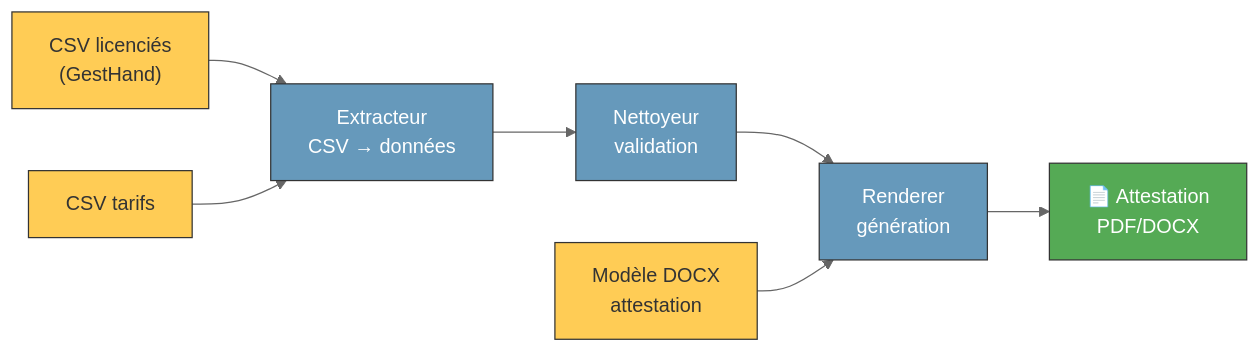
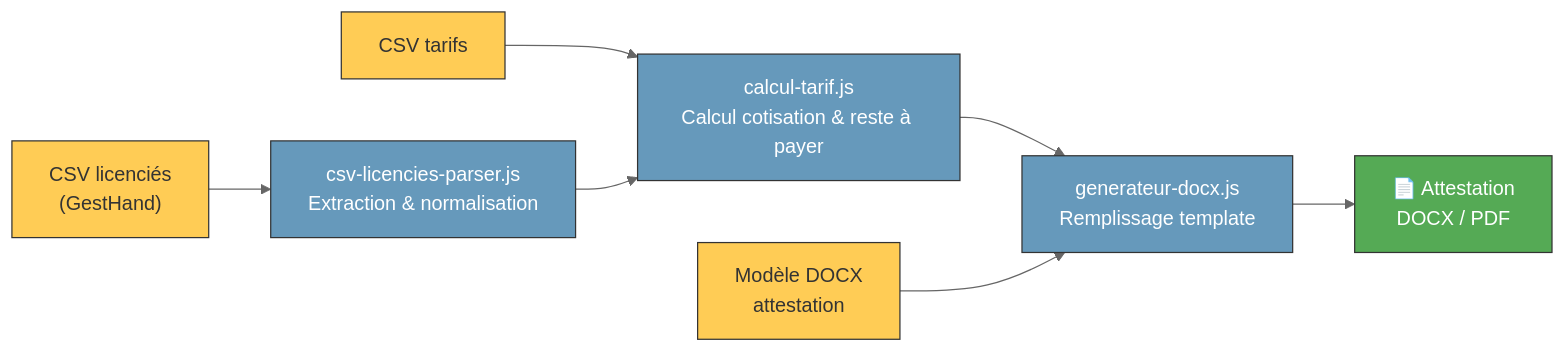
The second of 3 diagrams in docs/architecture.md (padewitte/super-chapelaine), drawn with Mermaid (neutral theme) before and after one commit. The commit also changed other lines of this file and 4 other files, not shown here.

First line of the commit message:
docs(architecture): correction de l'arborescence, alignement makefile et session

````diff
--- a/docs/architecture.md
+++ b/docs/architecture.md
@@ -45,23 +45,23 @@
 ```mermaid
 flowchart LR
     CSV_LIC["CSV licenciés<br/>(GestHand)"]
     CSV_TAR["CSV tarifs"]
     DOCX["Modèle DOCX<br/>attestation"]
 
-    CSV_LIC --> EXTRACT["Extracteur<br/>CSV → données"]
-    CSV_TAR --> EXTRACT
+    CSV_LIC --> EXTRACT["csv-licencies-parser.js<br/>Extraction & normalisation"]
+    CSV_TAR --> CALC["calcul-tarif.js<br/>Calcul cotisation & reste à payer"]
+    EXTRACT --> CALC
 
-    EXTRACT --> NETTOY["Nettoyeur<br/>validation"]
-    NETTOY --> RENDER["Renderer<br/>génération"]
-    DOCX --> RENDER
+    CALC --> DOCX_GEN["generateur-docx.js<br/>Remplissage template"]
+    DOCX --> DOCX_GEN
 
-    RENDER --> PDF["📄 Attestation<br/>PDF/DOCX"]
+    DOCX_GEN --> FICHIER["📄 Attestation<br/>DOCX / PDF"]
 
     style CSV_LIC fill:#fc5,stroke:#333,color:#333
     style CSV_TAR fill:#fc5,stroke:#333,color:#333
     style DOCX fill:#fc5,stroke:#333,color:#333
     style EXTRACT fill:#69b,stroke:#333,color:#fff
-    style NETTOY fill:#69b,stroke:#333,color:#fff
-    style RENDER fill:#69b,stroke:#333,color:#fff
-    style PDF fill:#5a5,stroke:#333,color:#fff
+    style CALC fill:#69b,stroke:#333,color:#fff
+    style DOCX_GEN fill:#69b,stroke:#333,color:#fff
+    style FICHIER fill:#5a5,stroke:#333,color:#fff
 ```
````
